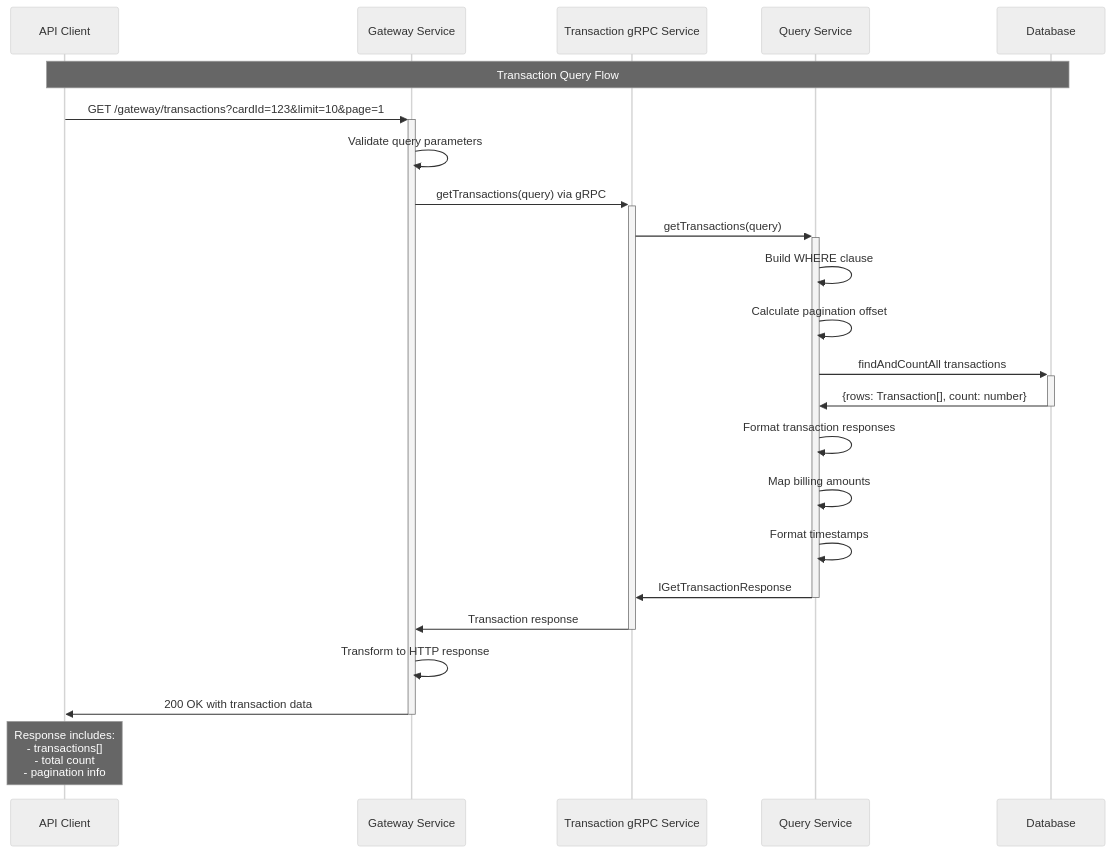
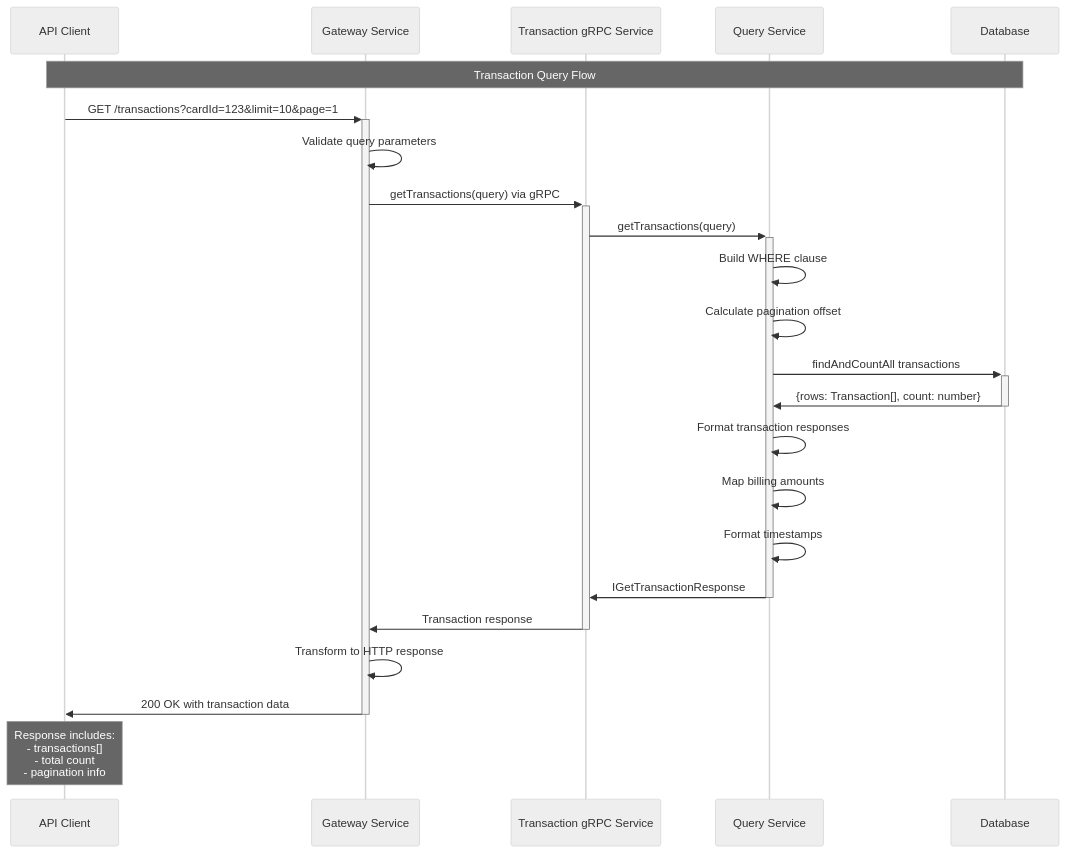
The third of 6 diagrams in docs/SEQUENCE_DIAGRAMS.md (Abdallah-Zidan/pemo-task), drawn with Mermaid (neutral theme) before and after one commit. The commit also changed other lines of this file, not shown here.

Commit message:
feat: finalize sequence diagrams

````diff
--- a/docs/SEQUENCE_DIAGRAMS.md
+++ b/docs/SEQUENCE_DIAGRAMS.md
@@ -145,34 +145,34 @@
 ```mermaid
 sequenceDiagram
     participant Client as API Client
     participant GW as Gateway Service
     participant TS as Transaction gRPC Service
     participant QS as Query Service
     participant DB as Database
 
     Note over Client,DB: Transaction Query Flow
 
-    Client->>+GW: GET /gateway/transactions?cardId=123&limit=10&page=1
+    Client->>+GW: GET /transactions?cardId=123&limit=10&page=1
     
     GW->>GW: Validate query parameters
     GW->>+TS: getTransactions(query) via gRPC
     
     TS->>+QS: getTransactions(query)
     QS->>QS: Build WHERE clause
     QS->>QS: Calculate pagination offset
     
     QS->>+DB: findAndCountAll transactions
     DB->>-QS: {rows: Transaction[], count: number}
     
     QS->>QS: Format transaction responses
     QS->>QS: Map billing amounts
     QS->>QS: Format timestamps
     
     QS->>-TS: IGetTransactionResponse
     TS->>-GW: Transaction response
     
     GW->>GW: Transform to HTTP response
     GW->>-Client: 200 OK with transaction data
 
     Note over Client: Response includes:<br/>- transactions[]<br/>- total count<br/>- pagination info
 ```
````
